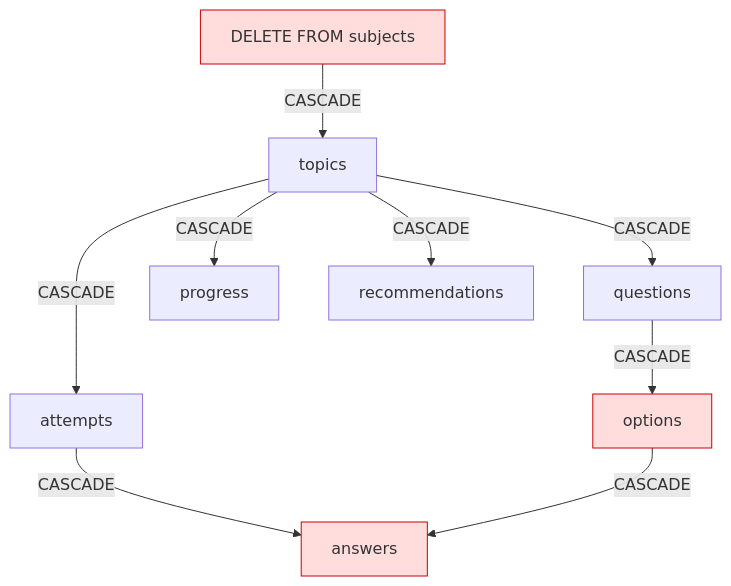
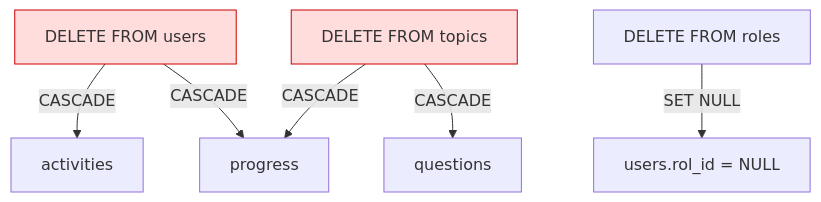
One commit to Ngmalquin123/StudyIA changed the third of 3 diagrams in database/diagrama.md. Above: the diagram before and after it, drawn with Mermaid. The commit also changed other lines of this file and 56 other files, not shown here.

````diff
--- a/database/diagrama.md
+++ b/database/diagrama.md
@@ -147,17 +85,13 @@
 ```mermaid
 flowchart TD
-    D["DELETE FROM subjects"] -->|CASCADE| DT[topics]
-    DT -->|CASCADE| DQ[questions]
-    DQ -->|CASCADE| DO[options]
+    DU["DELETE FROM users"] -->|CASCADE| P[progress]
+    DU -->|CASCADE| A[activities]
 
-    DT -->|CASCADE| DA[attempts]
-    DA -->|CASCADE| DAN[answers]
-    DO -->|CASCADE| DAN
+    DT["DELETE FROM topics"] -->|CASCADE| Q[questions]
+    DT -->|CASCADE| P
 
-    DT -->|CASCADE| DP[progress]
-    DT -->|CASCADE| DR[recommendations]
+    DR["DELETE FROM roles"] -->|SET NULL| U["users.rol_id = NULL"]
 
-    style D fill:#ffdddd,stroke:#cc0000
-    style DAN fill:#ffdddd,stroke:#cc0000
-    style DO fill:#ffdddd,stroke:#cc0000
+    style DU fill:#ffdddd,stroke:#cc0000
+    style DT fill:#ffdddd,stroke:#cc0000
 ```
````
